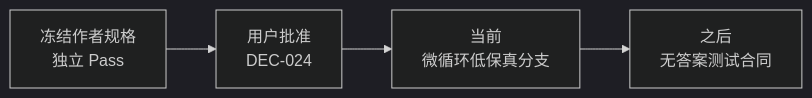
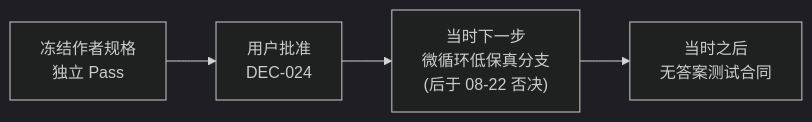
Diagram 16 of 18 in docs/project/overview/03-MILESTONES.md (NomuTsuki/zhangyan), drawn with Mermaid (dark theme) before and after one commit. The commit also changed other lines of this file and 9 other files, not shown here.

````diff
--- a/docs/project/overview/03-MILESTONES.md
+++ b/docs/project/overview/03-MILESTONES.md
@@ -264,6 +264,6 @@
 ```mermaid
 flowchart LR
     Author["冻结作者规格<br/>独立 Pass"] --> Approve["用户批准<br/>DEC-024"]
-    Approve --> Micro["当前<br/>微循环低保真分支"]
-    Micro --> Contract["之后<br/>无答案测试合同"]
+    Approve --> Micro["当时下一步<br/>微循环低保真分支<br/>(后于 08-22 否决)"]
+    Micro --> Contract["当时之后<br/>无答案测试合同"]
 ```
````
